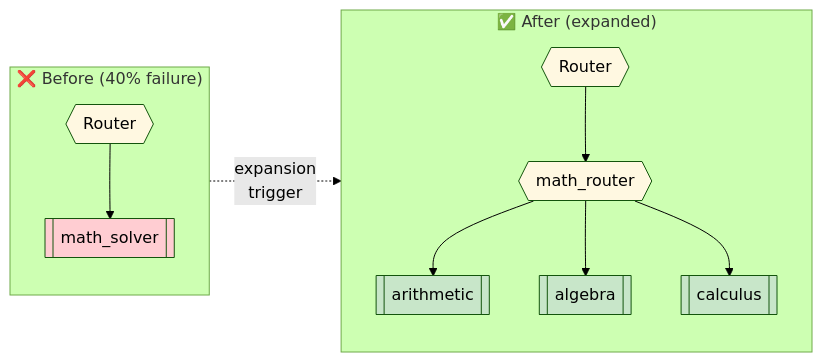
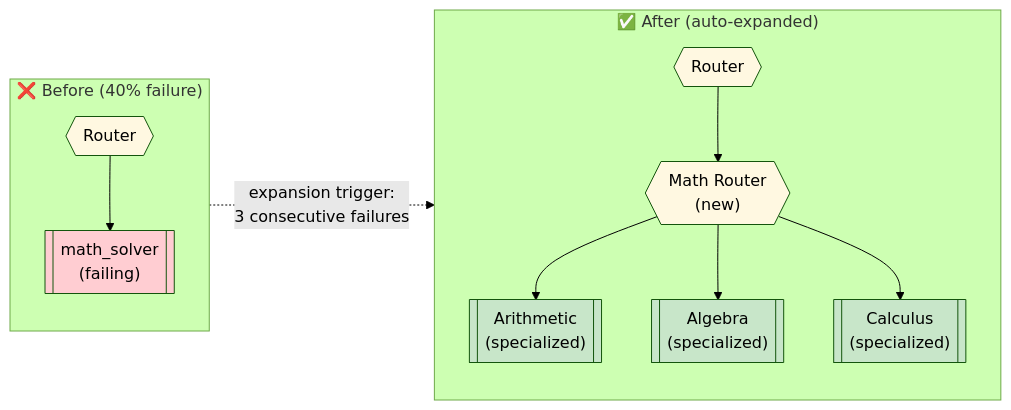
One commit to ndjstn/tinyllm changed the sixth of 8 diagrams in README.md. Above: the diagram before and after it, drawn with Mermaid (forest theme). The commit also changed other lines of this file, not shown here.

First line of the commit message:
docs(readme): comprehensive overhaul with new architecture diagrams

````diff
--- a/README.md
+++ b/README.md
@@ -305,29 +389,29 @@
 ```mermaid
 flowchart LR
     subgraph Before["❌ Before (40% failure)"]
         R1{{"Router"}}
-        M1[["math_solver"]]
+        M1[["math_solver\n(failing)"]]
         R1 --> M1
     end
 
-    subgraph After["✅ After (expanded)"]
+    subgraph After["✅ After (auto-expanded)"]
         R2{{"Router"}}
-        MR{{"math_router"}}
-        A[["arithmetic"]]
-        AL[["algebra"]]
-        CA[["calculus"]]
+        MR{{"Math Router\n(new)"}}
+        A[["Arithmetic\n(specialized)"]]
+        AL[["Algebra\n(specialized)"]]
+        CA[["Calculus\n(specialized)"]]
 
         R2 --> MR
         MR --> A & AL & CA
     end
 
-    Before -.->|"expansion\ntrigger"| After
+    Before -.->|"expansion trigger:\n3 consecutive failures"| After
 
     classDef router fill:#fff8e1
     classDef failing fill:#ffcdd2
     classDef new fill:#c8e6c9
 
     class R1,R2,MR router
     class M1 failing
     class A,AL,CA new
 ```
````
